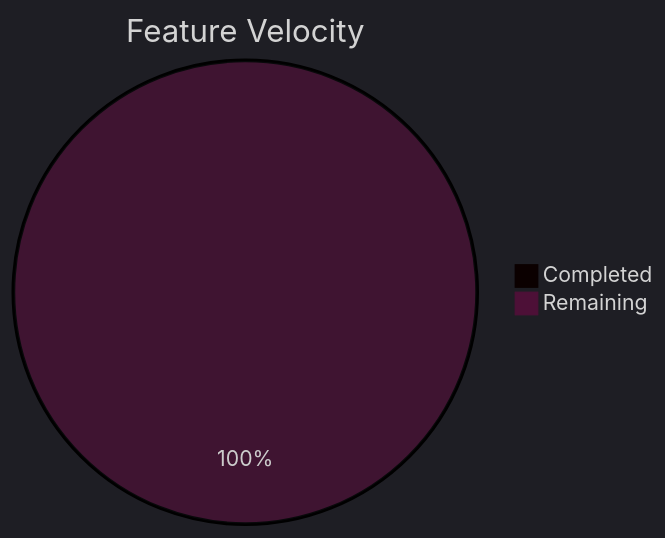
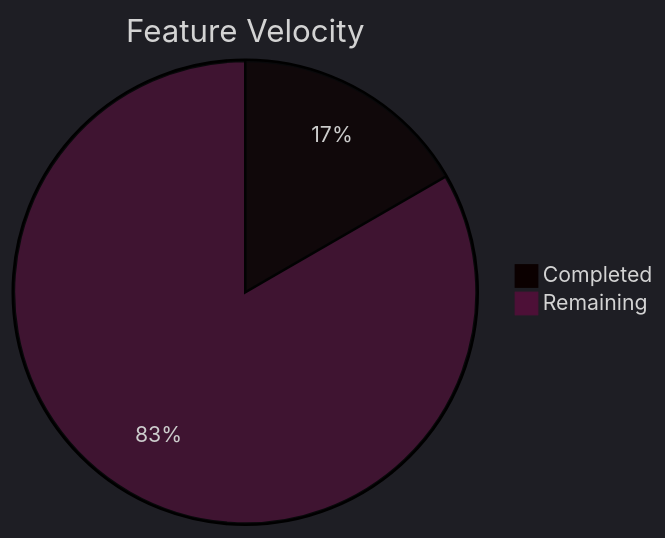
Before and after one commit to Neogleamz/SK8Lytz: the fifth of 5 diagrams in tools/SK8Lytz_Bucket_List.md, drawn with Mermaid. The commit also changed other lines of this file, not shown here.

````diff
--- a/tools/SK8Lytz_Bucket_List.md
+++ b/tools/SK8Lytz_Bucket_List.md
@@ -84,6 +84,6 @@
 ```mermaid
 %%{init: {'theme': 'dark'}}%%
 pie title Feature Velocity
-  "Completed" : 0
-  "Remaining" : 18
+  "Completed" : 3
+  "Remaining" : 15
 ```
````
